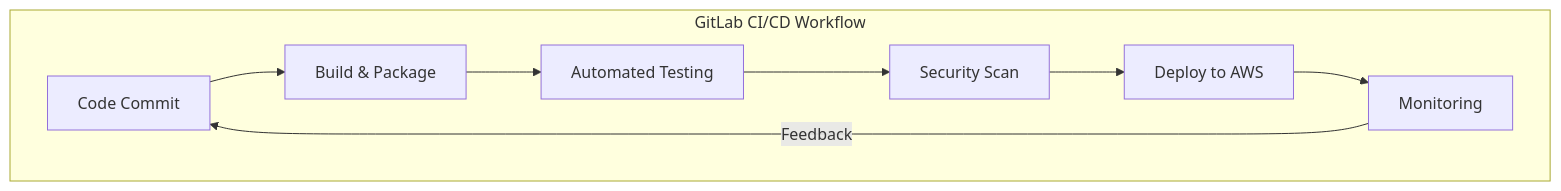
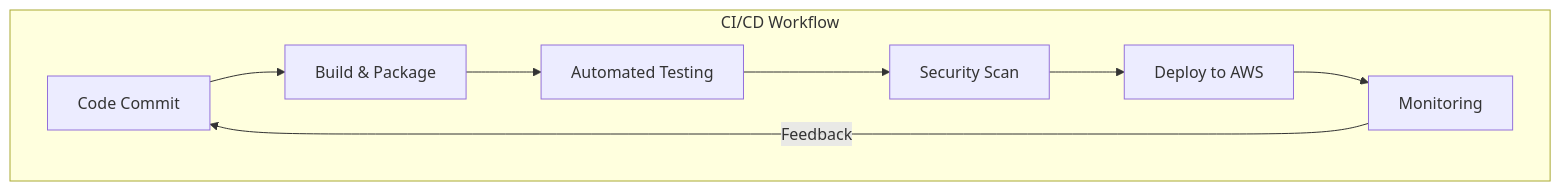
One commit to LZ26/professional-highlights changed the fourth of 12 diagrams in docs/EXPLANATIONS.md. Above: the diagram before and after it, drawn with Mermaid.

Commit message:
Minor typo fix in explanations.md

````diff
--- a/docs/EXPLANATIONS.md
+++ b/docs/EXPLANATIONS.md
@@ -85,12 +85,12 @@
 ```mermaid
 flowchart LR
-    subgraph Pipeline["GitLab CI/CD Workflow"]
+    subgraph Pipeline["CI/CD Workflow"]
         direction LR
         Commit["Code Commit"] --> Build["Build & Package"]
         Build --> Test["Automated Testing"]
         Test --> Security["Security Scan"]
         Security --> Deploy["Deploy to AWS"]
         Deploy --> Monitor["Monitoring"]
         Monitor -->|Feedback| Commit
     end
 ```
````
